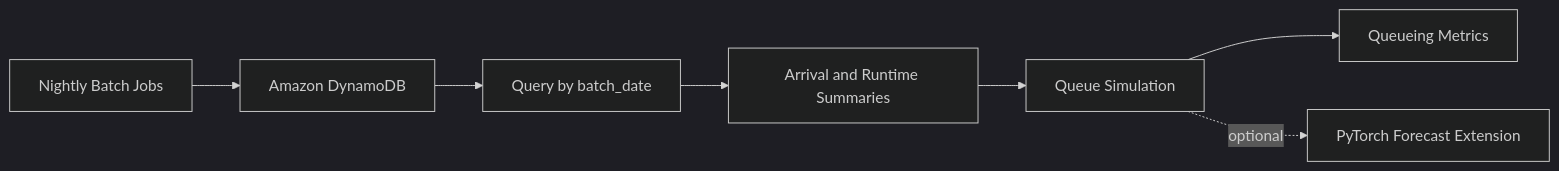
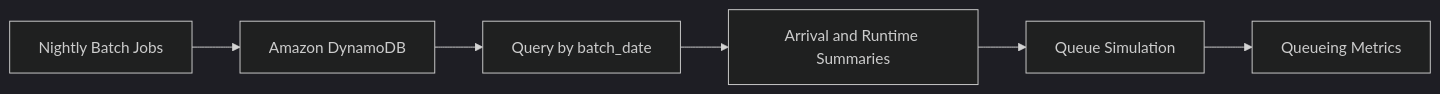
One commit to hrwdata/dynamodb-batch-queue-tutorial changed the diagram in docs/architecture.md. Above: the diagram before and after it, drawn with Mermaid (dark theme). The commit also changed other lines of this file and 8 other files, not shown here.

````diff
--- a/docs/architecture.md
+++ b/docs/architecture.md
@@ -5,9 +5,8 @@
 ```mermaid
 flowchart LR
     A[Nightly Batch Jobs] --> B[Amazon DynamoDB]
     B --> C[Query by batch_date]
     C --> D[Arrival and Runtime Summaries]
     D --> E[Queue Simulation]
     E --> F[Queueing Metrics]
-    E -. optional .-> G[PyTorch Forecast Extension]
 ```
````
